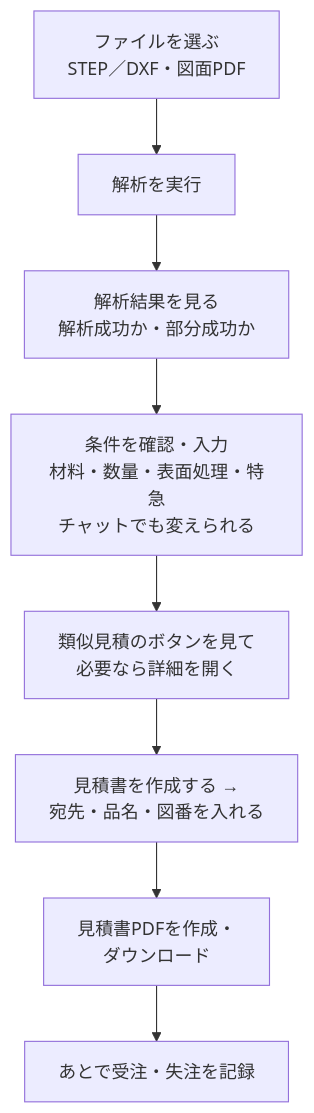
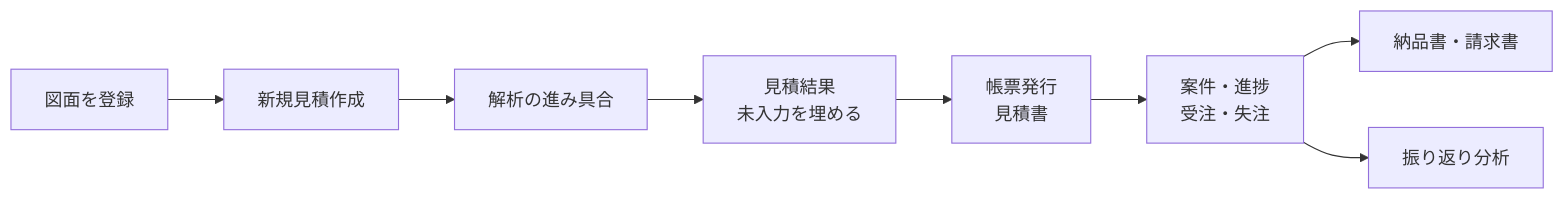
One commit to 1975020t/step_analysis_for_automatic-estimate changed the second of 2 diagrams in docs/04_操作マニュアル.md. Above: the diagram before and after it, drawn with Mermaid. The commit also changed other lines of this file and 40 other files, not shown here.

````diff
--- a/docs/04_操作マニュアル.md
+++ b/docs/04_操作マニュアル.md
@@ -144,10 +160,10 @@
-```mermaid 図 見積1件の流れ
-flowchart TD
-  a[ファイルを選ぶ<br/>STEP／DXF・図面PDF] --> b[解析を実行]
-  b --> c[解析結果を見る<br/>解析成功か・部分成功か]
-  c --> d[条件を確認・入力<br/>材料・数量・表面処理・特急<br/>チャットでも変えられる]
-  d --> f[類似見積のボタンを見て<br/>必要なら詳細を開く]
-  f --> g[見積書を作成する →<br/>宛先・品名・図番を入れる]
-  g --> h[見積書PDFを作成・<br/>ダウンロード]
-  h --> i[あとで受注・失注を記録]
+```mermaid 図 1件の見積の流れ
+flowchart LR
+  a[図面を登録] --> b[新規見積作成]
+  b --> c[解析の進み具合]
+  c --> d[見積結果<br/>未入力を埋める]
+  d --> e[帳票発行<br/>見積書]
+  e --> f[案件・進捗<br/>受注・失注]
+  f --> g[納品書・請求書]
+  f --> h[振り返り分析]
 ```
````
